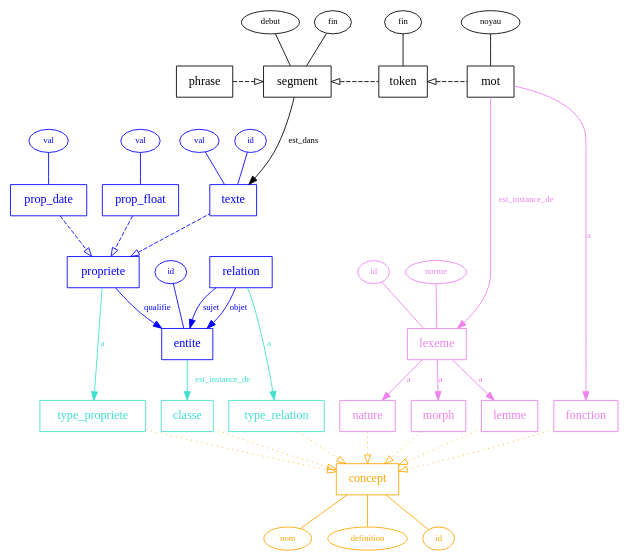
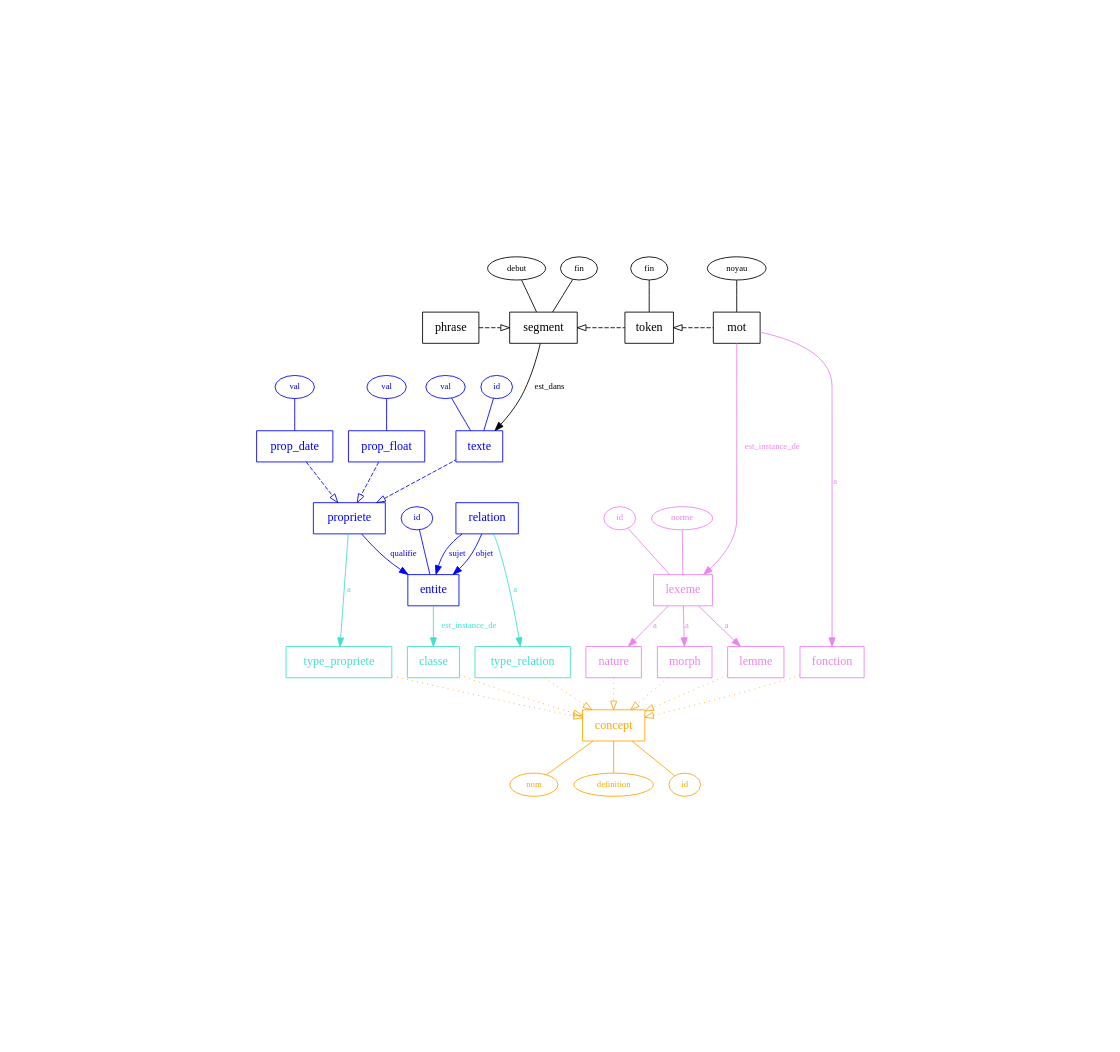
One commit to thjbdvlt/litteralement changed the diagram in diagram/diagram.dot. Above: the diagram before and after it, drawn with Graphviz. The commit also changed 2 other files, not shown here.

Commit message:
add diagram padding

```diff
--- a/diagram/diagram.dot
+++ b/diagram/diagram.dot
@@ -1,107 +1,108 @@
 digraph {
+    pad=4
     {rank=same; classe; type_relation; type_propriete; nature; fonction; morph}
     {rank=same; segment;token; phrase; mot}
     {rank=same; texte; prop_date; prop_float}
     {rank=same; texte_val; prop_date_val; prop_float_val}
 
     concept [color=orange fontcolor=orange shape=box]
     type_propriete [shape=box color=turquoise fontcolor=turquoise]
     type_relation [shape=box color=turquoise fontcolor=turquoise]
     classe [shape=box color=turquoise fontcolor=turquoise]
 
     fonction [shape=box color=violet fontcolor=violet]
     nature [shape=box color=violet fontcolor=violet]
     morph [shape=box color=violet fontcolor=violet]
     lemme [shape=box color=violet fontcolor=violet]
 
     entite [shape=box color=blue fontcolor=blue]
     propriete [shape=box color=blue fontcolor=blue]
     relation [shape=box color=blue fontcolor=blue]
 
     token [shape=box color=black fontcolor=black]
     mot [shape=box color=black fontcolor=black]
     segment [shape=box color=black fontcolor=black]
     phrase [shape=box color=black fontcolor=black]
 
     texte [shape=box color=blue fontcolor=blue]
     prop_float [shape=box color=blue fontcolor=blue]
     prop_date [shape=box color=blue fontcolor=blue]
 
     lexeme [shape=box color=violet fontcolor=violet]
 
     type_relation -> concept [style=dotted arrowhead=empty color=orange]
     type_propriete -> concept [style=dotted arrowhead=empty color=orange]
     classe -> concept [style=dotted arrowhead=empty color=orange]
 
     nature -> concept [style=dotted arrowhead=empty color=orange]
     fonction -> concept [style=dotted arrowhead=empty color=orange]
     morph -> concept [style=dotted arrowhead=empty color=orange]
     lemme -> concept [style=dotted arrowhead=empty color=orange]
 
     relation -> entite [label=sujet color=blue fontcolor=blue fontsize=10]
     relation -> entite [label=objet color=blue fontcolor=blue fontsize=10]
     propriete -> entite [label=qualifie color=blue fontcolor=blue fontsize=10]
     propriete -> texte [style=dashed dir=back arrowtail=empty color=blue]
 
     entite -> classe [label=est_instance_de color=turquoise fontcolor=turquoise fontsize=10]
     relation -> type_relation [label=a color=turquoise fontcolor=turquoise fontsize=10]
     propriete -> type_propriete [label=a color=turquoise fontcolor=turquoise fontsize=10]
     
     segment -> texte [label=est_dans color=black fontcolor=black fontsize=10]
 
     phrase -> segment [style=dashed arrowhead=empty color=black]
     segment -> token [style=dashed dir=back arrowtail=empty color=black]
     token -> mot [style=dashed dir=back arrowtail=empty color=black]
 
     mot -> fonction [label=a color=violet fontcolor=violet fontsize=10]
     lexeme -> nature [label=a color=violet fontcolor=violet fontsize=10]
     lexeme -> morph [label=a color=violet fontcolor=violet fontsize=10]
     lexeme -> lemme [label=a color=violet fontcolor=violet fontsize=10]
     mot -> lexeme [label=est_instance_de color=violet fontcolor=violet fontsize=10]
 
     prop_float -> propriete [style=dashed arrowhead=empty color=blue]
     prop_date -> propriete [style=dashed arrowhead=empty color=blue]
 
     // colonnes littérales
     concept_nom [label=nom fontsize=10 width=0.2 height=0.2 color=orange fontcolor=orange]
     concept_definition [label=definition fontsize=10 width=0.2 height=0.2 color=orange fontcolor=orange]
     concept_id [label=id fontsize=10 width=0.2 height=0.2 color=orange fontcolor=orange]
 
     entite_id [label=id fontsize=10 width=0.2 height=0.2 color=blue fontcolor=blue]
 
     segment_debut [label=debut fontsize=10 width=0.2 height=0.2 color=black fontcolor=black]
     segment_fin [label=fin fontsize=10 width=0.2 height=0.2 color=black fontcolor=black]
     token_num [label=fin fontsize=10 width=0.2 height=0.2 color=black fontcolor=black]
     mot_noyau [label=noyau fontsize=10 width=0.2 height=0.2 color=black fontcolor=black]
 
     lexeme_id [label=id fontsize=10 width=0.2 height=0.2 color=violet fontcolor=violet]
     lexeme_norme [label=norme fontsize=10 width=0.2 height=0.2 color=violet fontcolor=violet]
 
     concept -> concept_nom [dir=none color=orange]
     concept -> concept_definition [dir=none color=orange]
     concept -> concept_id [dir=none color=orange]
 
     entite_id -> entite [dir=none color=blue]
 
     segment_fin -> segment [dir=none color=black]
     segment_debut -> segment [dir=none color=black]
     token_num -> token [dir=none color=black]
     mot_noyau -> mot [dir=none color=black]
 
     lexeme_id -> lexeme [dir=none color=violet]
     lexeme_norme -> lexeme [dir=none color=violet]
 
     prop_float_val [label=val width=0.2 height=0.2 fontsize=10 color=blue fontcolor=blue]
     prop_date_val [label=val width=0.2 height=0.2 fontsize=10 color=blue fontcolor=blue]
     texte_val [label=val width=0.2 height=0.2 fontsize=10 color=blue fontcolor=blue]
     texte_id [label=id width=0.2 height=0.2 fontsize=10 color=blue fontcolor=blue]
 
     prop_float_val -> prop_float [color=blue dir=none]
     prop_date_val -> prop_date [color=blue dir=none]
     texte_val -> texte [color=blue dir=none]
     texte_id -> texte [color=blue dir=none]
 
     segment -> texte_val [color=none]
     prop_float -> texte [color=none]
 
 }
```
